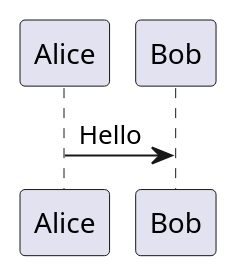
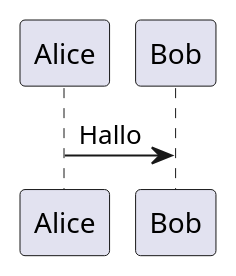
The diagram in de/PlantUML/README.md (lentiancn/open-docs), drawn with PlantUML before and after one commit. The commit also changed other lines of this file and 90 other files, not shown here.

Commit message:
Add PlantUML documentation for en, de, es, fr, ja, ko, ru, zh-Hant

````diff
--- a/de/PlantUML/README.md
+++ b/de/PlantUML/README.md
@@ -31,5 +11,5 @@
 ```plantuml
 @startuml
-Alice -> Bob: Hello
+Alice -> Bob: Hallo
 @enduml
 ```
````
